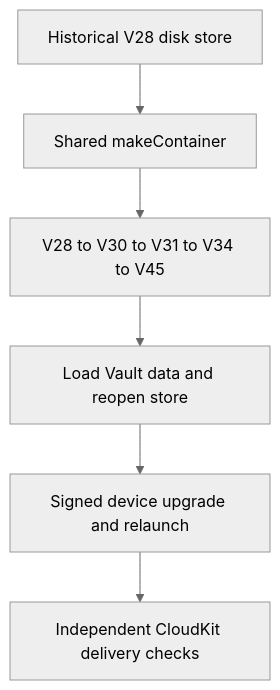
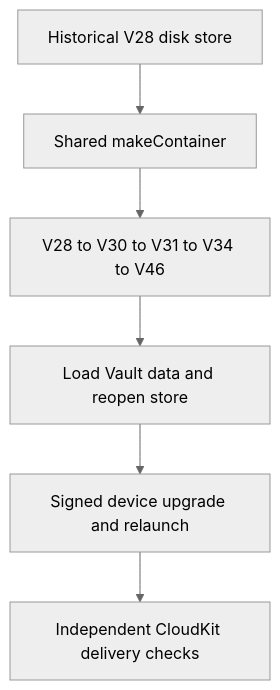
Before and after one commit to AkinoKaede/Termind: the first of 2 diagrams in openwiki/operations/cloudkit-release-readiness.md, drawn with Mermaid (neutral theme). The commit also changed other lines of this file and 66 other files, not shown here.

````diff
--- a/openwiki/operations/cloudkit-release-readiness.md
+++ b/openwiki/operations/cloudkit-release-readiness.md
@@ -187,8 +197,8 @@
 ```mermaid
 flowchart TD
     Fixture["Historical V28 disk store"] --> Factory["Shared makeContainer"]
-    Factory --> Local["V28 to V30 to V31 to V34 to V45"]
+    Factory --> Local["V28 to V30 to V31 to V34 to V46"]
     Local --> Verify["Load Vault data and reopen store"]
     Verify --> Device["Signed device upgrade and relaunch"]
     Device --> Cloud["Independent CloudKit delivery checks"]
 ```
````
